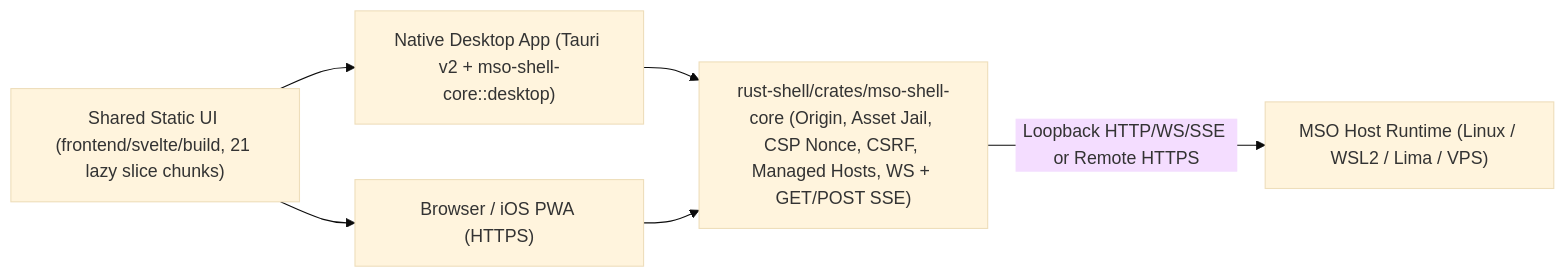
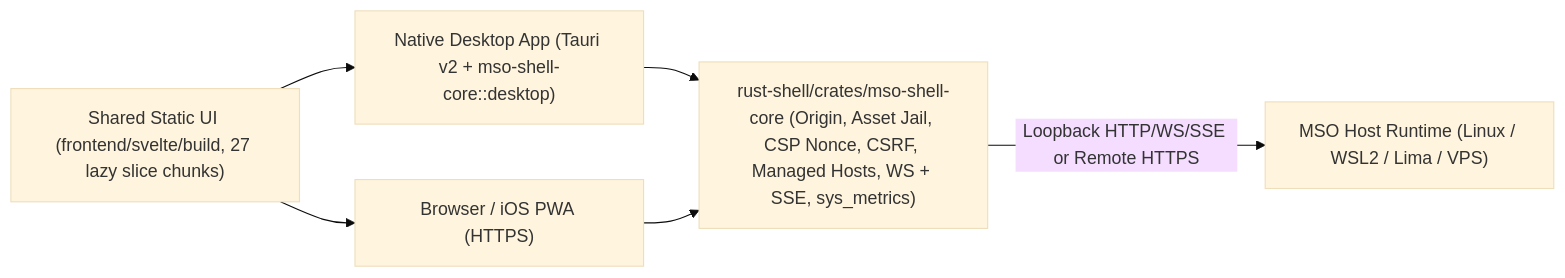
One commit to rahmanef63/mso changed the diagram in docs/RUST-SHELL-PLAN.md. Above: the diagram before and after it, drawn with Mermaid (base theme). The commit also changed other lines of this file and 30 other files, not shown here.

Commit message:
feat(hybrid): land Increment 4D (27/33 slices, 10/10 AppShell features, 5 chromes) and Rust R3E+R4

````diff
--- a/docs/RUST-SHELL-PLAN.md
+++ b/docs/RUST-SHELL-PLAN.md
@@ -60,14 +60,14 @@
 ```mermaid
 flowchart LR
-  UI["Shared Static UI (frontend/svelte/build, 21 lazy slice chunks)"]
+  UI["Shared Static UI (frontend/svelte/build, 27 lazy slice chunks)"]
   Web["Browser / iOS PWA (HTTPS)"]
   Desktop["Native Desktop App (Tauri v2 + mso-shell-core::desktop)"]
-  Core["rust-shell/crates/mso-shell-core (Origin, Asset Jail, CSP Nonce, CSRF, Managed Hosts, WS + GET/POST SSE)"]
+  Core["rust-shell/crates/mso-shell-core (Origin, Asset Jail, CSP Nonce, CSRF, Managed Hosts, WS + SSE, sys_metrics)"]
   Host["MSO Host Runtime (Linux / WSL2 / Lima / VPS)"]
 
   UI --> Web
   UI --> Desktop
   Desktop --> Core
   Web --> Core
   Core -->|"Loopback HTTP/WS/SSE or Remote HTTPS"| Host
 ```
````
